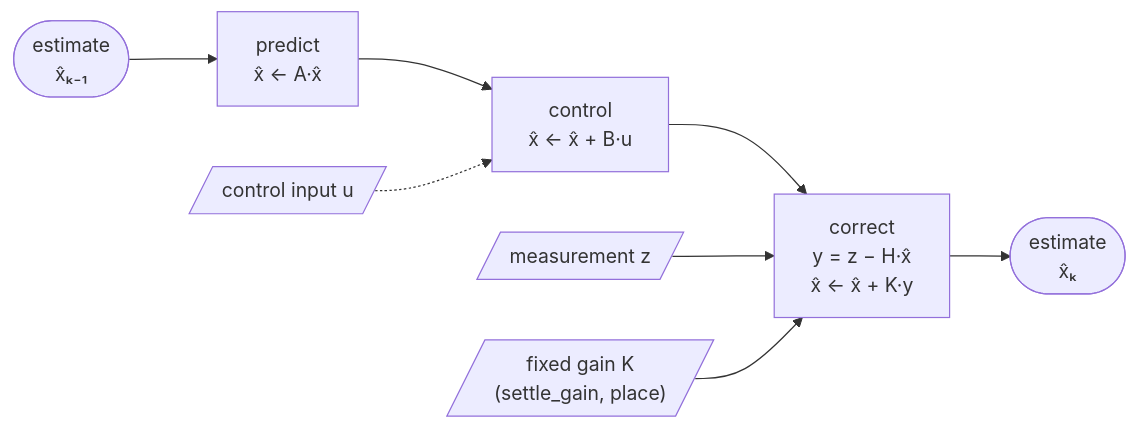
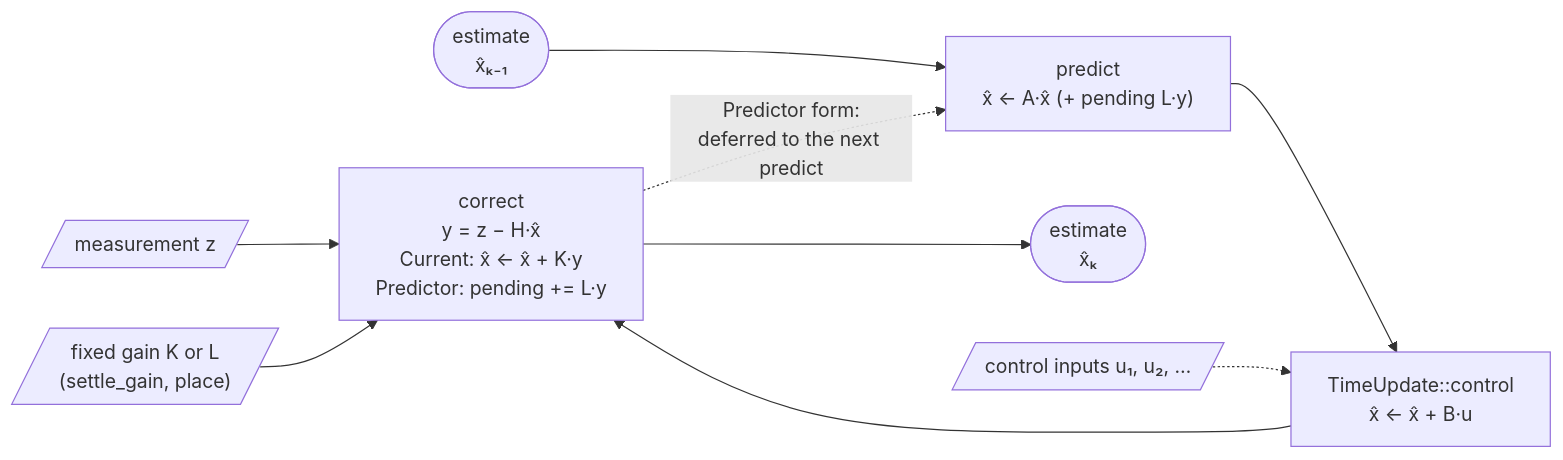
One commit to sunsided/minikalman-rs changed the diagram in crates/minikalman/docs/diagrams/luenberger-loop.mmd. Above: the diagram before and after it, drawn with Mermaid. The commit also changed 10 other files, not shown here.

First line of the commit message:
Separate the observer's time and measurement updates (#156)

```diff
--- a/crates/minikalman/docs/diagrams/luenberger-loop.mmd
+++ b/crates/minikalman/docs/diagrams/luenberger-loop.mmd
@@ -1,16 +1,18 @@
 flowchart LR
     %% One step of the fixed-gain (Luenberger) observer. Style: see docs/diagrams/README.md.
-    %% No covariance: the gain K is designed once, e.g. with RegularKalman::settle_gain.
-    design[/"fixed gain K<br/>(settle_gain, place)"/]
+    %% No covariance: the gain K (or L) is designed once, e.g. with RegularKalman::settle_gain.
+    %% Time and measurement update are separate calls in both gain forms.
+    design[/"fixed gain K or L<br/>(settle_gain, place)"/]
     prior(["estimate<br/>x̂ₖ₋₁"])
-    predict["predict<br/>x̂ ← A·x̂"]
-    control["control<br/>x̂ ← x̂ + B·u"]
-    correct["correct<br/>y = z − H·x̂<br/>x̂ ← x̂ + K·y"]
+    predict["predict<br/>x̂ ← A·x̂ (+ pending L·y)"]
+    control["TimeUpdate::control<br/>x̂ ← x̂ + B·u"]
+    correct["correct<br/>y = z − H·x̂<br/>Current: x̂ ← x̂ + K·y<br/>Predictor: pending += L·y"]
     posterior(["estimate<br/>x̂ₖ"])
-    u[/"control input u"/]
+    u[/"control inputs u₁, u₂, …"/]
     z[/"measurement z"/]
     prior --> predict --> control --> correct --> posterior
     u -.-> control
     z --> correct
     design --> correct
+    correct -. "Predictor form:<br/>deferred to the next predict" .-> predict
     classDef focus fill:#fbbf24,stroke:#b45309,stroke-width:3px,color:#1c1917
```
